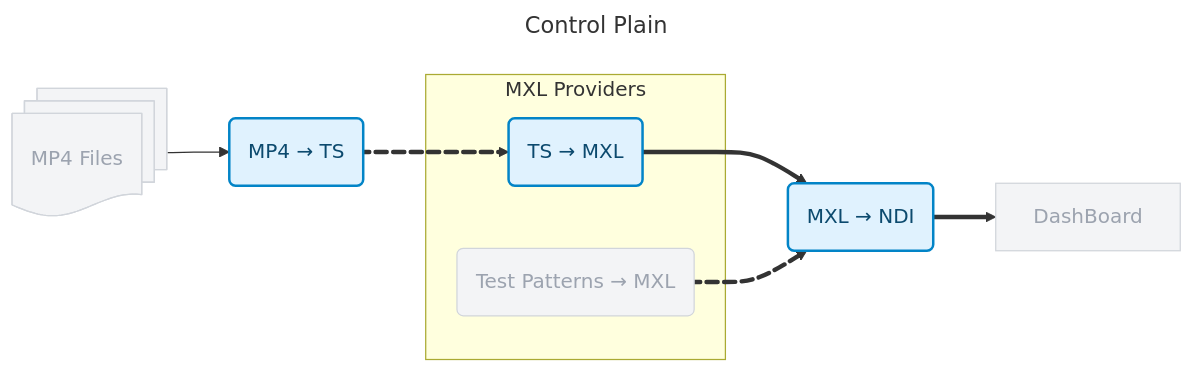
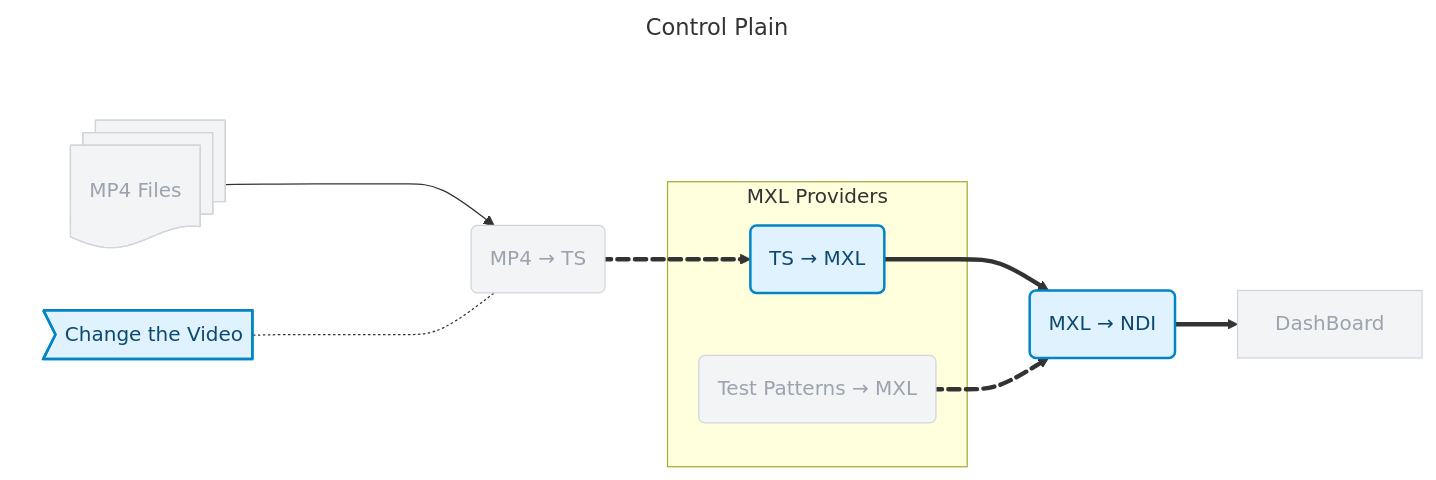
Before and after one commit to rossvideo/mxl-catena: the diagram in UML.md, drawn with Mermaid. The commit also changed 1 other file, not shown here.

Commit message:
add a buttion to change the mp4 and turn off the tool uml block

````diff
--- a/UML.md
+++ b/UML.md
@@ -2,38 +2,45 @@
 ```mermaid
 ---
 title: Control Plain
 ---
 graph LR
   mp4Files@{ shape: docs, label: "MP4 Files" }
+  mp4Change>Change the Video]
   mp42ts(<span class="led" id="led-mp42ts" title="MP4→TS status"></span>MP4 → TS)
   ts2mxl(<span class="led" id="led-ts2mxl" title="TS→MXL status"></span>TS → MXL)
   pat2mxl(<span class="led" id="led-pat2mxl" title="Test Patterns → MXL status"></span>Test Patterns → MXL)
   mxl2ndi(<span class="led" id="led-mxl2ndi" title="MXL→NDI status"></span>MXL → NDI)
 
   mp4Files --> mp42ts
+  mp4Change -...- mp42ts
   mp42ts e1@==> ts2mxl
   ts2mxl e2@==> mxl2ndi
   pat2mxl e3@==> mxl2ndi
   mxl2ndi e4@==> dashboard[DashBoard]
 
-  click mp42ts "http://localhost:3000" "Open MP4 to TS Stream Page" _blank
+  click mp4Change "http://localhost:3000" "Open MP4 to TS Stream Page" _blank
   click ts2mxl toggleTs2Mxl "Toggle TS to MXL Stream"
   click mxl2ndi toggleMxl2Ndi "Toggle MXL to NDI Stream"
 
   %% Button-like styling and click states
   classDef buttonClickable fill:#e0f2fe,stroke:#0284c7,stroke-width:2px,color:#0c4a6e;
   classDef buttonDisabled fill:#f3f4f6,stroke:#d1d5db,stroke-width:1px,color:#9ca3af;
-
-  class mp42ts,ts2mxl,mxl2ndi buttonClickable;
-  class mp4Files,dashboard,pat2mxl buttonDisabled;
+  %% Make a clear sub graph
+  style Demo_Videos stroke:none,fill:transparent,color:none;
+  class mp4Change,ts2mxl,mxl2ndi buttonClickable;
+  class mp42ts,mp4Files,dashboard,pat2mxl buttonDisabled;
 
   subgraph MXL Providers
     ts2mxl
     pat2mxl
+  end
+  subgraph Demo_Videos[" "]
+    mp4Files
+    mp4Change
   end
   e1@{ animation: slow }
   e2@{ animate: false }
   e3@{ animation: slow }
   e4@{ animate: false }
 
 ```
````
